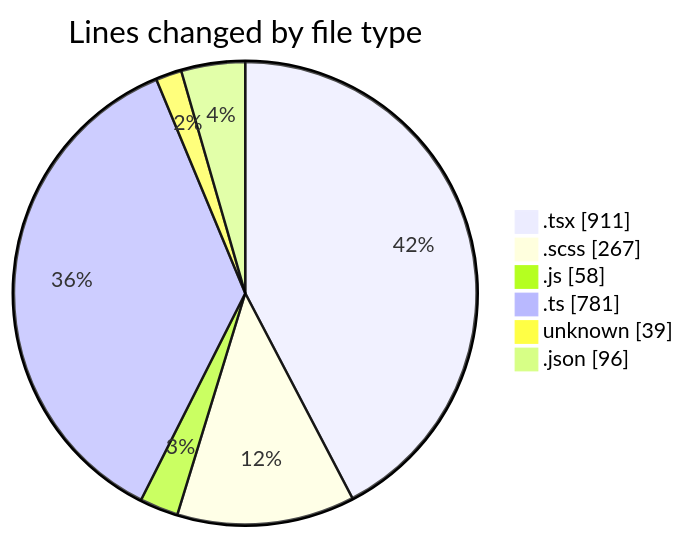
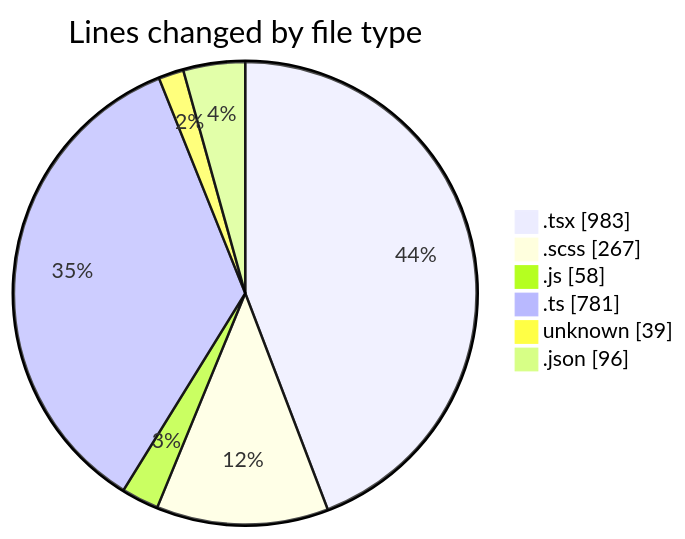
One commit to momahboobian/code-tracking changed the first of 2 diagrams in 2025-05-02/cda/README.md. Above: the diagram before and after it, drawn with Mermaid. The commit also changed other lines of this file and 1 other file, not shown here.

````diff
--- a/2025-05-02/cda/README.md
+++ b/2025-05-02/cda/README.md
@@ -32,10 +32,10 @@
 ```mermaid
 pie showData
 title Lines changed by file type
-".tsx" : 911
+".tsx" : 983
 ".scss" : 267
 ".js" : 58
 ".ts" : 781
 "unknown" : 39
 ".json" : 96
 ```
````
